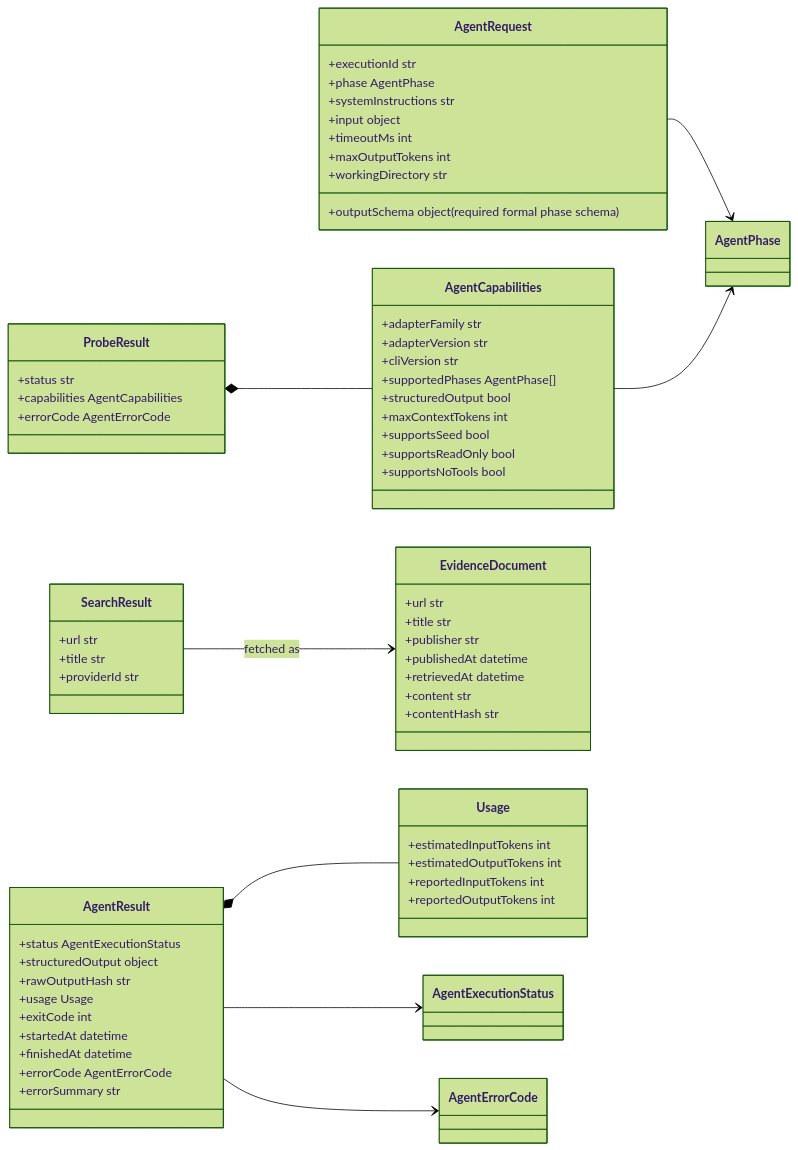
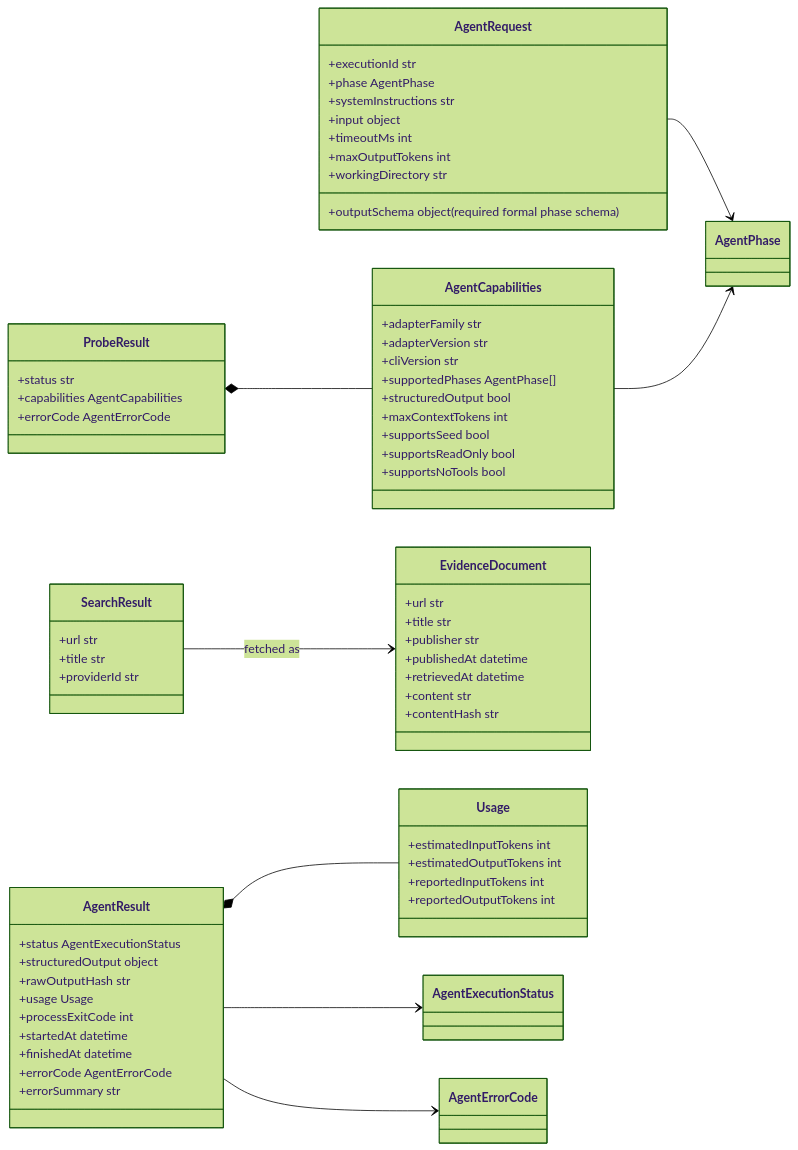
The third of 4 diagrams in CLASS.md (garyohosu/OracleCouncil), drawn with Mermaid (forest theme) before and after one commit. The commit also changed other lines of this file and 13 other files, not shown here.

First line of the commit message:
refactor: separate process and oracle exit codes

````diff
--- a/CLASS.md
+++ b/CLASS.md
@@ -313,76 +314,76 @@
 ```mermaid
 classDiagram
     direction LR
 
     class AgentRequest {
         +executionId str
         +phase AgentPhase
         +systemInstructions str
         +input object
         +outputSchema object (required formal phase schema)
         +timeoutMs int
         +maxOutputTokens int
         +workingDirectory str
     }
 
     class AgentResult {
         +status AgentExecutionStatus
         +structuredOutput object
         +rawOutputHash str
         +usage Usage
-        +exitCode int
+        +processExitCode int
         +startedAt datetime
         +finishedAt datetime
         +errorCode AgentErrorCode
         +errorSummary str
     }
 
     class AgentCapabilities {
         +adapterFamily str
         +adapterVersion str
         +cliVersion str
         +supportedPhases AgentPhase[]
         +structuredOutput bool
         +maxContextTokens int
         +supportsSeed bool
         +supportsReadOnly bool
         +supportsNoTools bool
     }
 
     class ProbeResult {
         +status str
         +capabilities AgentCapabilities
         +errorCode AgentErrorCode
     }
 
     class Usage {
         +estimatedInputTokens int
         +estimatedOutputTokens int
         +reportedInputTokens int
         +reportedOutputTokens int
     }
 
     class SearchResult {
         +url str
         +title str
         +providerId str
     }
 
     class EvidenceDocument {
         +url str
         +title str
         +publisher str
         +publishedAt datetime
         +retrievedAt datetime
         +content str
         +contentHash str
     }
 
     AgentResult *-- Usage
     ProbeResult *-- AgentCapabilities
     AgentCapabilities --> AgentPhase
     AgentRequest --> AgentPhase
     AgentResult --> AgentExecutionStatus
     AgentResult --> AgentErrorCode
     SearchResult --> EvidenceDocument : fetched as
 ```
````
